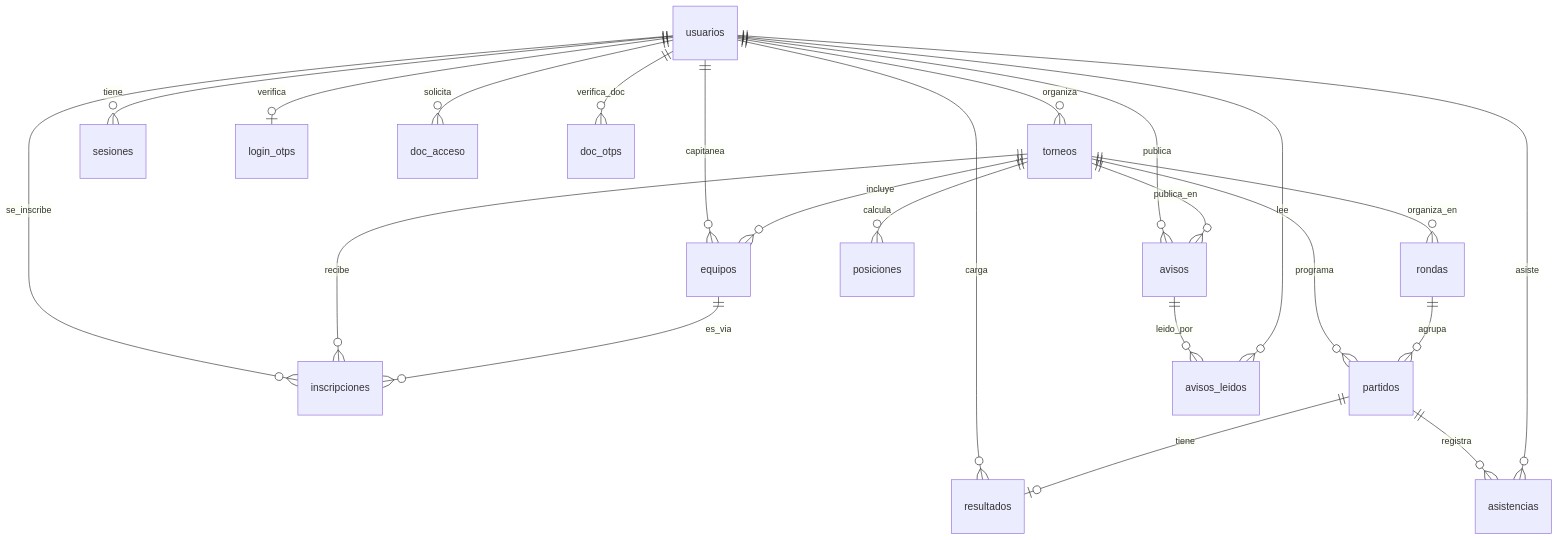
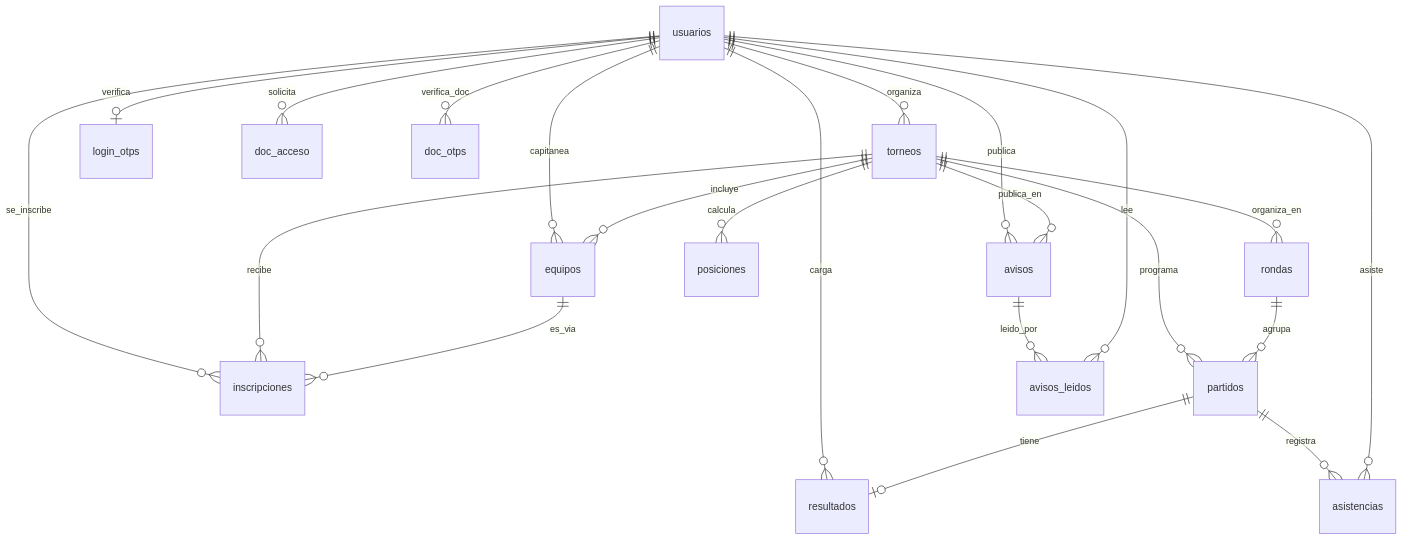
Before and after one commit to telyuxsoftwaredevelopment-tech/Tornalyx: the diagram in docs/entrega2/modelo-relacional.md, drawn with Mermaid. The commit also changed other lines of this file and 15 other files, not shown here.

````diff
--- a/docs/entrega2/modelo-relacional.md
+++ b/docs/entrega2/modelo-relacional.md
@@ -10,30 +10,29 @@
 ```mermaid
 erDiagram
     usuarios ||--o{ torneos : organiza
     usuarios ||--o{ equipos : capitanea
     usuarios ||--o{ inscripciones : se_inscribe
-    usuarios ||--o{ sesiones : tiene
     usuarios ||--o| login_otps : verifica
     usuarios ||--o{ doc_acceso : solicita
     usuarios ||--o{ avisos : publica
     usuarios ||--o{ resultados : carga
 
     torneos ||--o{ equipos : incluye
     torneos ||--o{ inscripciones : recibe
     torneos ||--o{ rondas : organiza_en
     torneos ||--o{ partidos : programa
     torneos ||--o{ posiciones : calcula
     torneos ||--o{ avisos : publica_en
 
     rondas ||--o{ partidos : agrupa
 
     partidos ||--o| resultados : tiene
     partidos ||--o{ asistencias : registra
 
     equipos ||--o{ inscripciones : es_via
 
     avisos ||--o{ avisos_leidos : leido_por
     usuarios ||--o{ avisos_leidos : lee
     usuarios ||--o{ asistencias : asiste
     usuarios ||--o{ doc_otps : verifica_doc
 ```
````
